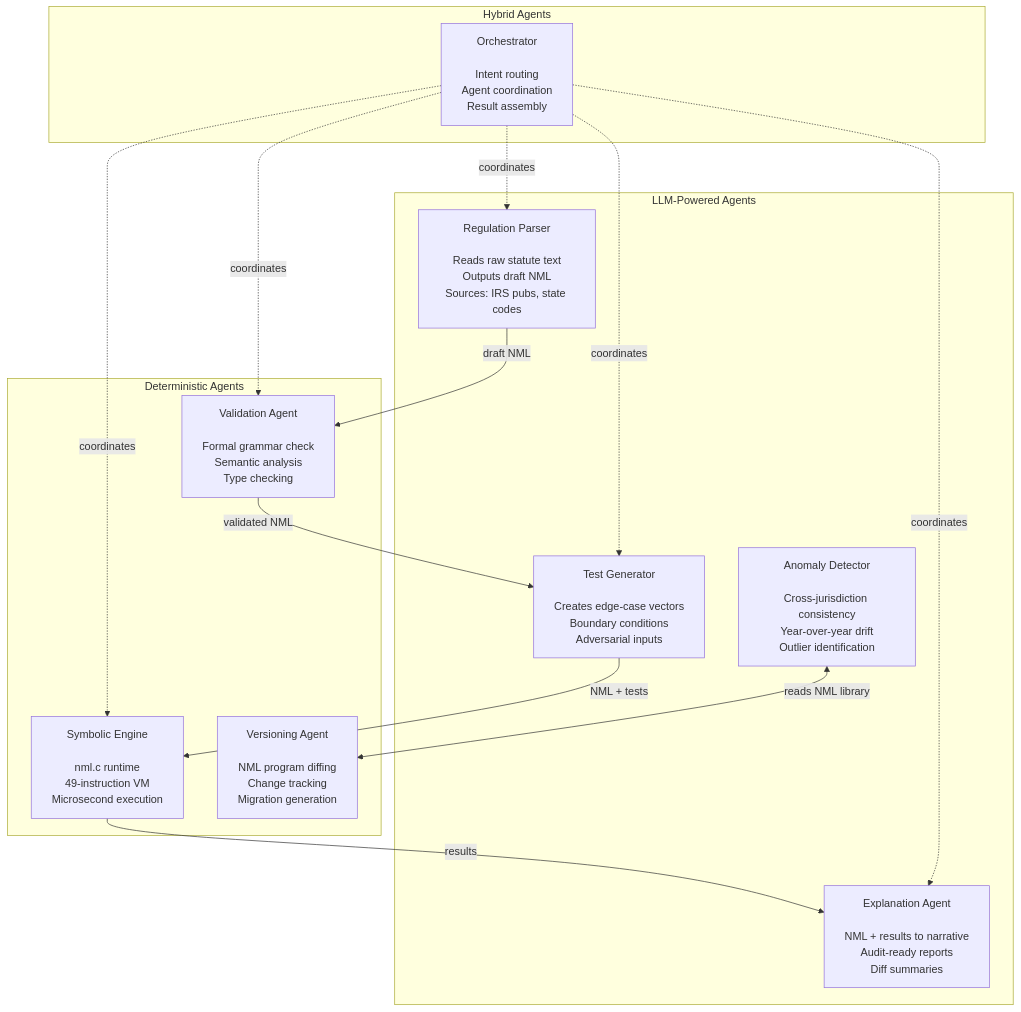
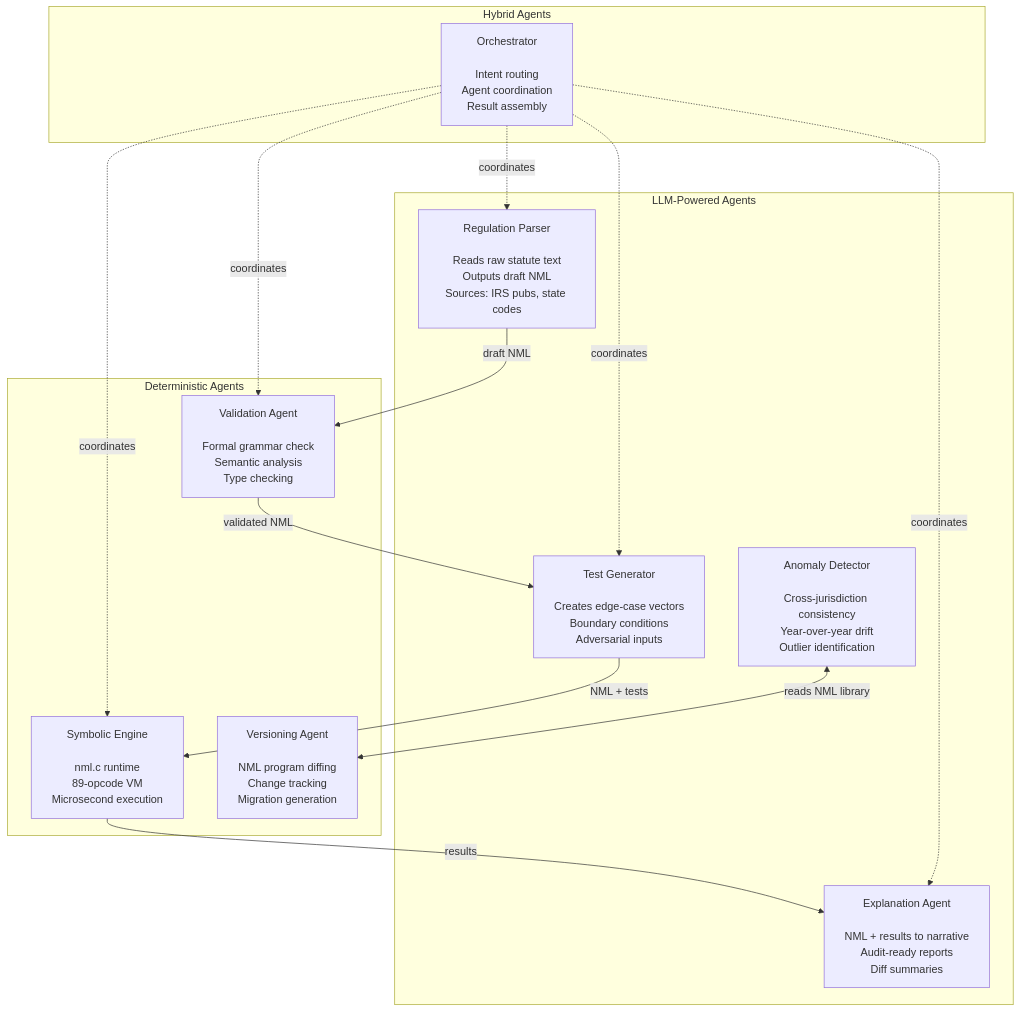
The seventh of 8 diagrams in docs/NML_Multi_Agent_Architecture.md (dnamaz/nml), drawn with Mermaid before and after one commit. The commit also changed other lines of this file and 70 other files, not shown here.

````diff
--- a/docs/NML_Multi_Agent_Architecture.md
+++ b/docs/NML_Multi_Agent_Architecture.md
@@ -295,30 +295,30 @@
 ```mermaid
 flowchart TB
     subgraph llm_agents [LLM-Powered Agents]
         RegParser["Regulation Parser\n\nReads raw statute text\nOutputs draft NML\nSources: IRS pubs, state codes"]
         TestGen["Test Generator\n\nCreates edge-case vectors\nBoundary conditions\nAdversarial inputs"]
         Explainer["Explanation Agent\n\nNML + results to narrative\nAudit-ready reports\nDiff summaries"]
         AnomalyDet["Anomaly Detector\n\nCross-jurisdiction consistency\nYear-over-year drift\nOutlier identification"]
     end
 
     subgraph deterministic_agents [Deterministic Agents]
         Validator["Validation Agent\n\nFormal grammar check\nSemantic analysis\nType checking"]
-        SymEngine["Symbolic Engine\n\nnml.c runtime\n49-instruction VM\nMicrosecond execution"]
+        SymEngine["Symbolic Engine\n\nnml.c runtime\n89-opcode VM\nMicrosecond execution"]
         Versioner["Versioning Agent\n\nNML program diffing\nChange tracking\nMigration generation"]
     end
 
     subgraph hybrid_agents [Hybrid Agents]
         Orchestrator["Orchestrator\n\nIntent routing\nAgent coordination\nResult assembly"]
     end
 
     RegParser -->|"draft NML"| Validator
     Validator -->|"validated NML"| TestGen
     TestGen -->|"NML + tests"| SymEngine
     SymEngine -->|"results"| Explainer
     AnomalyDet <-->|"reads NML library"| Versioner
     Orchestrator -.->|"coordinates"| RegParser
     Orchestrator -.->|"coordinates"| Validator
     Orchestrator -.->|"coordinates"| TestGen
     Orchestrator -.->|"coordinates"| SymEngine
     Orchestrator -.->|"coordinates"| Explainer
 ```
````
